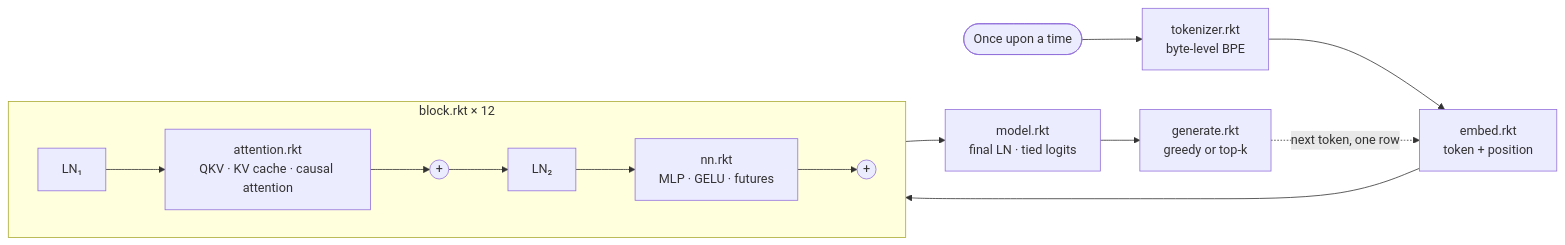
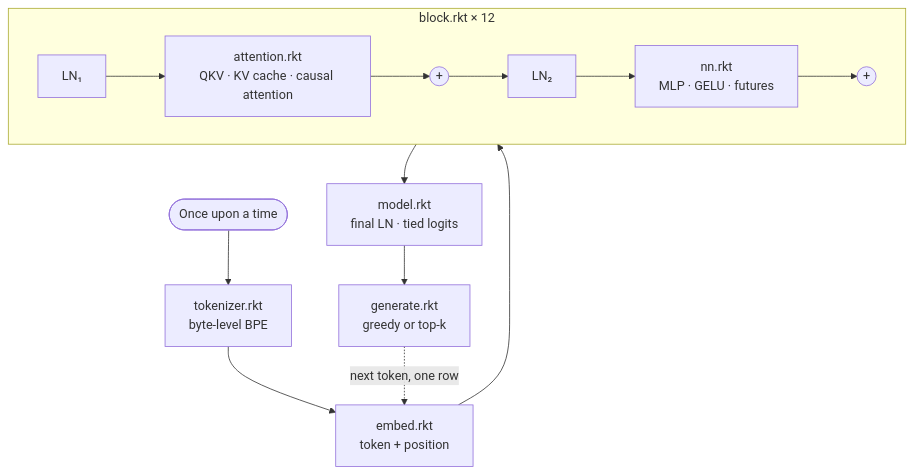
Before and after one commit to amaarsyed/gpt2-rkt: the diagram in README.md, drawn with Mermaid.

Commit message:
Run the README's diagram top to bottom so it reads at full size

````diff
--- a/README.md
+++ b/README.md
@@ -94,16 +94,16 @@
 ```mermaid
-flowchart LR
+flowchart TB
     P(["Once upon a time"]) --> T["tokenizer.rkt<br/>byte-level BPE"]
     T --> E["embed.rkt<br/>token + position"]
     E --> B
     subgraph B ["block.rkt × 12"]
         direction LR
         L1["LN₁"] --> A["attention.rkt<br/>QKV · KV cache · causal attention"]
         A --> R1(("+"))
         R1 --> L2["LN₂"] --> M["nn.rkt<br/>MLP · GELU · futures"]
         M --> R2(("+"))
     end
     B --> F["model.rkt<br/>final LN · tied logits"]
     F --> G["generate.rkt<br/>greedy or top-k"]
     G -. next token, one row .-> E
 ```
````
